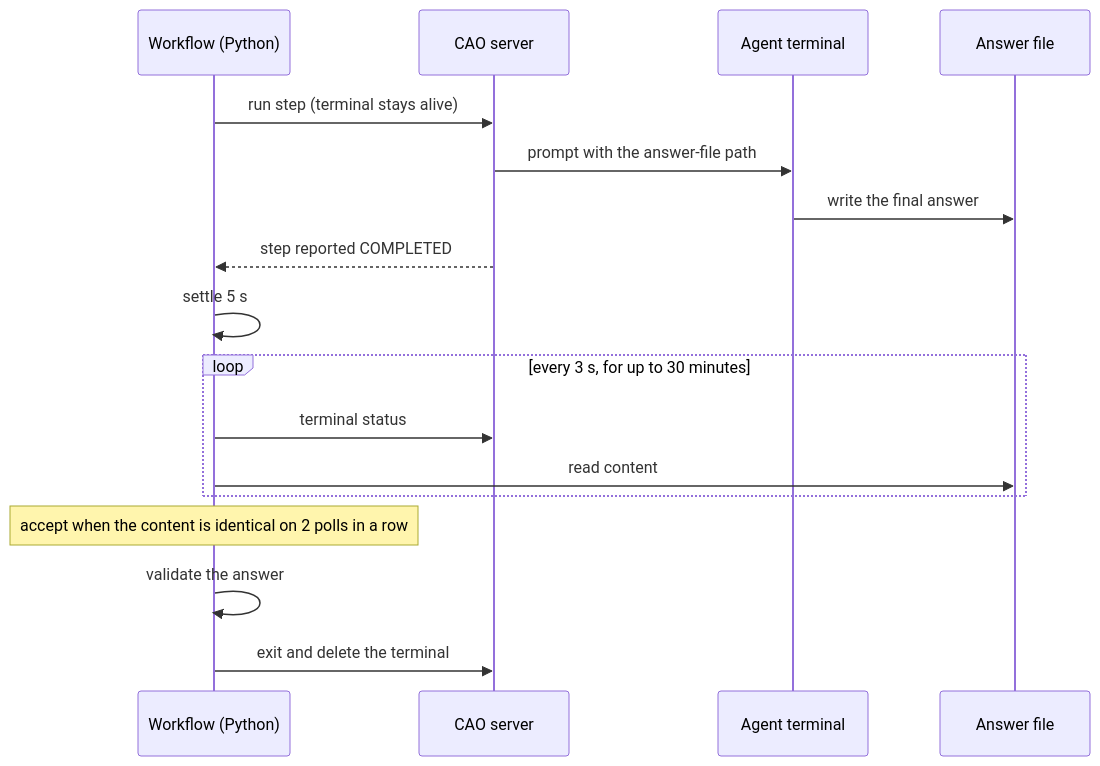
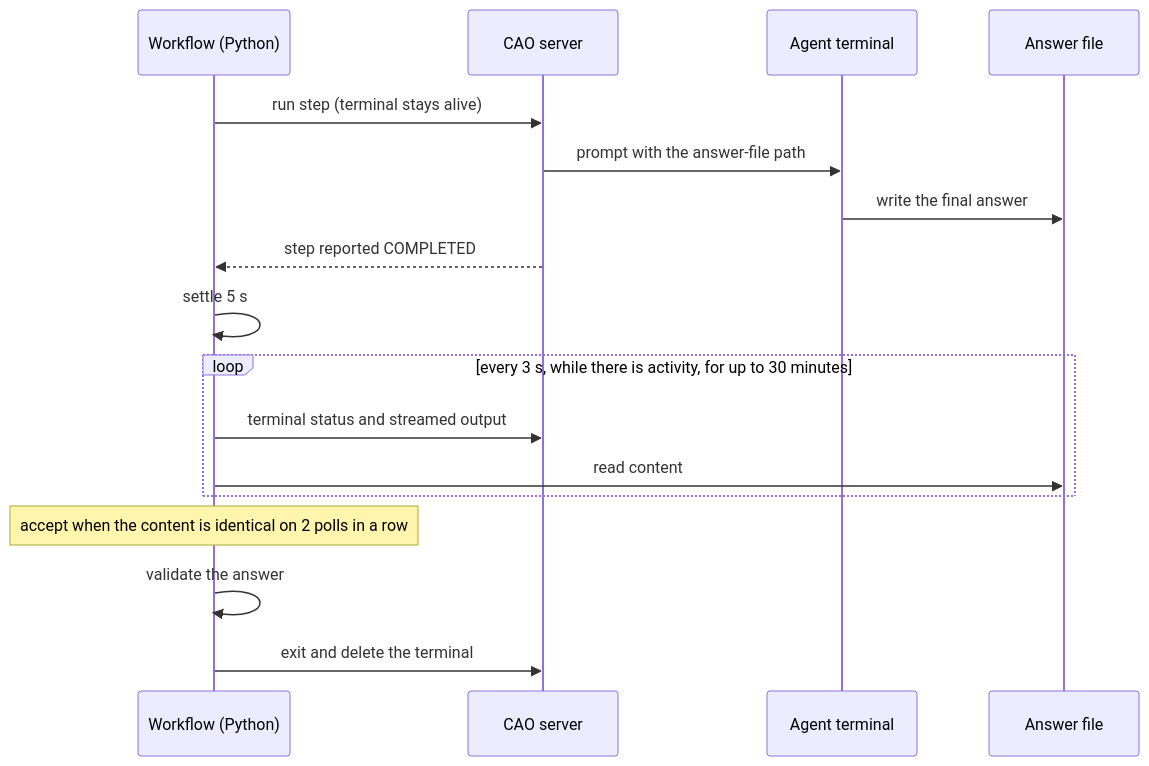
The first of 2 diagrams in agentic-sdlc-docs/reference/write-scope-hook.md (somr/awscao_agenticwflw), drawn with Mermaid before and after one commit. The commit also changed other lines of this file and 3 other files, not shown here.

First line of the commit message:
Wait for an agent's answer while it shows activity, not for a fixed time

````diff
--- a/agentic-sdlc-docs/reference/write-scope-hook.md
+++ b/agentic-sdlc-docs/reference/write-scope-hook.md
@@ -23,19 +23,19 @@
 ```mermaid
 sequenceDiagram
     participant W as Workflow (Python)
     participant C as CAO server
     participant A as Agent terminal
     participant F as Answer file
     W->>C: run step (terminal stays alive)
     C->>A: prompt with the answer-file path
     A->>F: write the final answer
     C-->>W: step reported COMPLETED
     W->>W: settle 5 s
-    loop every 3 s, for up to 30 minutes
-        W->>C: terminal status
+    loop every 3 s, while there is activity, for up to 30 minutes
+        W->>C: terminal status and streamed output
         W->>F: read content
     end
     Note over W: accept when the content is identical on 2 polls in a row
     W->>W: validate the answer
     W->>C: exit and delete the terminal
 ```
````
